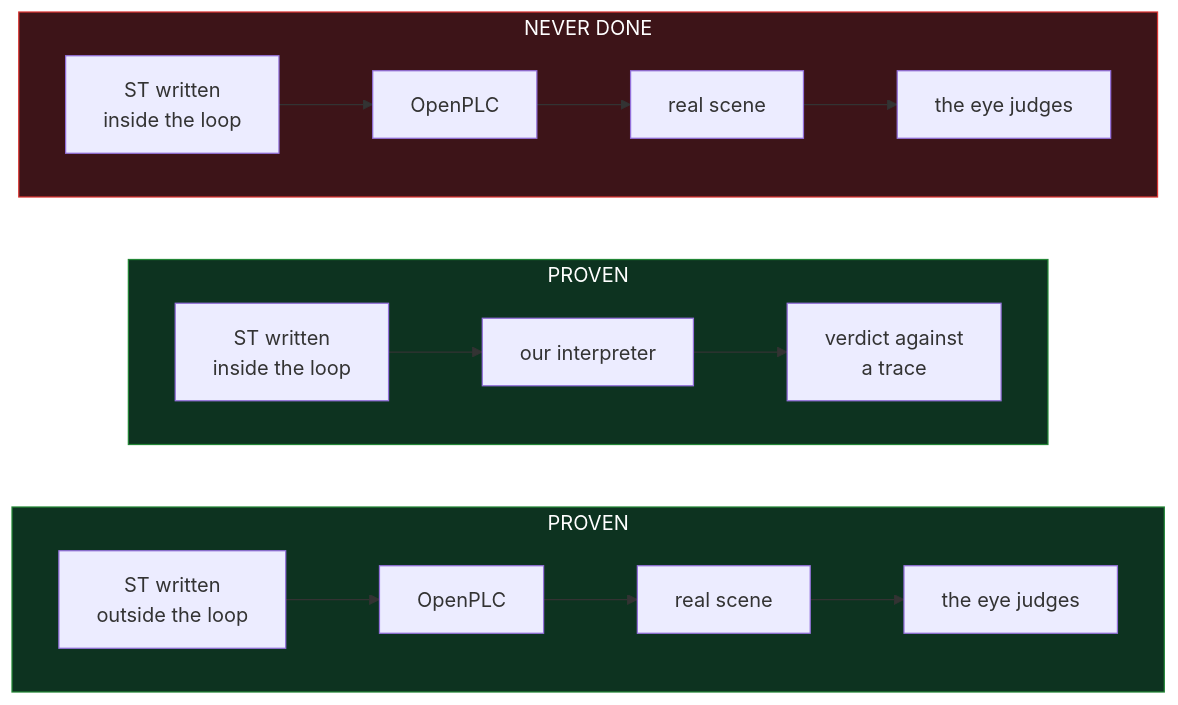
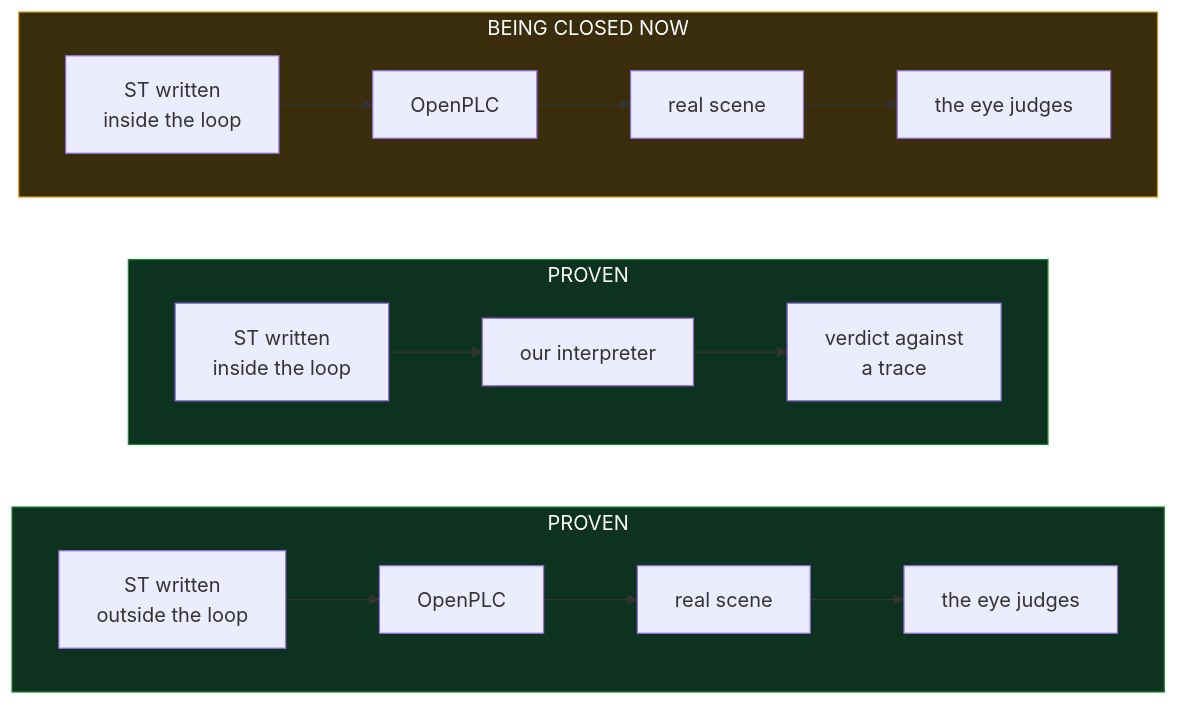
The third of 3 diagrams in docs/PRESENTATION_UTKAST.md (antonbj3/VC_Assist), drawn with Mermaid before and after one commit. The commit also changed other lines of this file, not shown here.

Commit message:
presentationen: grind 7 'human' bort, NEVER DONE -> BEING CLOSED NOW, negativlistan kortad till sakerhetsgransen, hand-written -> utanfor slingan

````diff
--- a/docs/PRESENTATION_UTKAST.md
+++ b/docs/PRESENTATION_UTKAST.md
@@ -84,19 +84,19 @@
 ```mermaid
 flowchart LR
     subgraph P1["PROVEN"]
         direction LR
         H1["ST written<br/>outside the loop"] --> H2["OpenPLC"] --> H3["real scene"] --> H4["the eye judges"]
     end
     subgraph P2["PROVEN"]
         direction LR
         M1["ST written<br/>inside the loop"] --> M2["our interpreter"] --> M3["verdict against<br/>a trace"]
     end
-    subgraph P3["NEVER DONE"]
+    subgraph P3["BEING CLOSED NOW"]
         direction LR
         X1["ST written<br/>inside the loop"] --> X2["OpenPLC"] --> X3["real scene"] --> X4["the eye judges"]
     end
 
     style P1 fill:#0d3320,stroke:#238636,color:#fff
     style P2 fill:#0d3320,stroke:#238636,color:#fff
-    style P3 fill:#3d1418,stroke:#da3633,color:#fff
+    style P3 fill:#3a2d0b,stroke:#d29922,color:#fff
 ```
````
